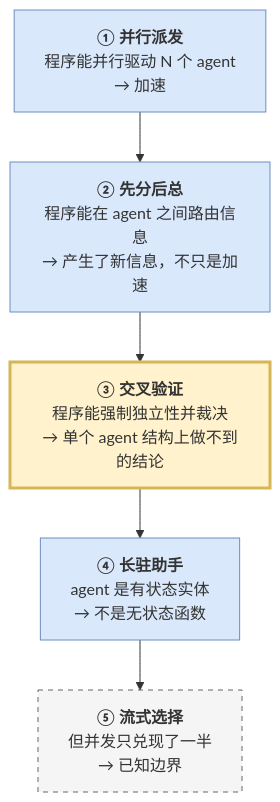
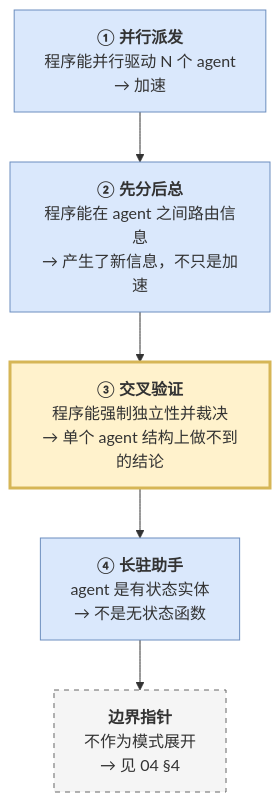
One commit to Brainary-Team/brainary-codex-docs changed the diagram in 06-patterns.md. Above: the diagram before and after it, drawn with Mermaid. The commit also changed other lines of this file and 10 other files, not shown here.

````diff
--- a/06-patterns.md
+++ b/06-patterns.md
@@ -5,16 +5,16 @@
 ```mermaid
 graph TD
     D1["<b>① 并行派发</b><br/>程序能并行驱动 N 个 agent<br/>→ 加速"]
     D2["<b>② 先分后总</b><br/>程序能在 agent 之间路由信息<br/>→ 产生了新信息，不只是加速"]
     D3["<b>③ 交叉验证</b><br/>程序能强制独立性并裁决<br/>→ 单个 agent 结构上做不到的结论"]
     D4["<b>④ 长驻助手</b><br/>agent 是有状态实体<br/>→ 不是无状态函数"]
-    D5["<b>⑤ 流式选择</b><br/>但并发只兑现了一半<br/>→ 已知边界"]
+    D5["<b>边界指针</b><br/>不作为模式展开<br/>→ 见 04 §4"]
 
     D1 --> D2 --> D3 --> D4 --> D5
 
     style D1 fill:#dae8fc,stroke:#6c8ebf
     style D2 fill:#dae8fc,stroke:#6c8ebf
     style D3 fill:#fff2cc,stroke:#d6b656,stroke-width:3px
     style D4 fill:#dae8fc,stroke:#6c8ebf
     style D5 fill:#f5f5f5,stroke:#666666,stroke-dasharray: 5 5
 ```
````
